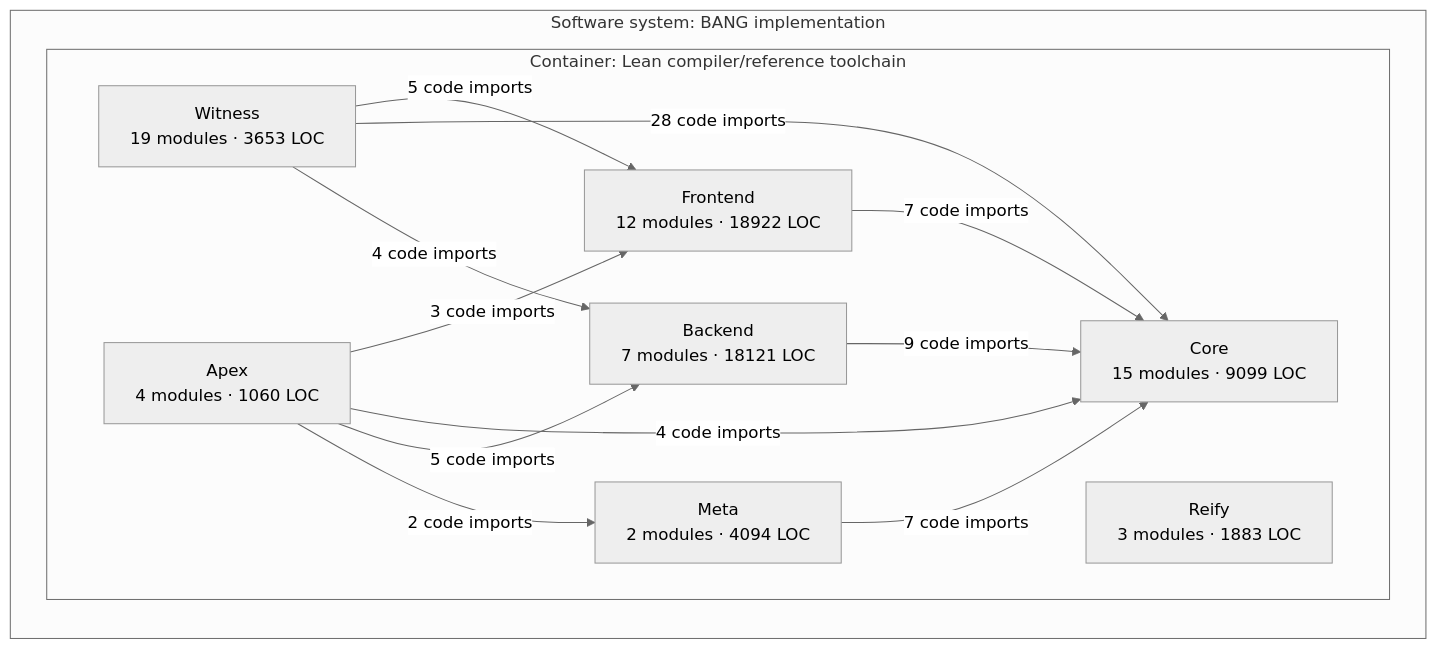
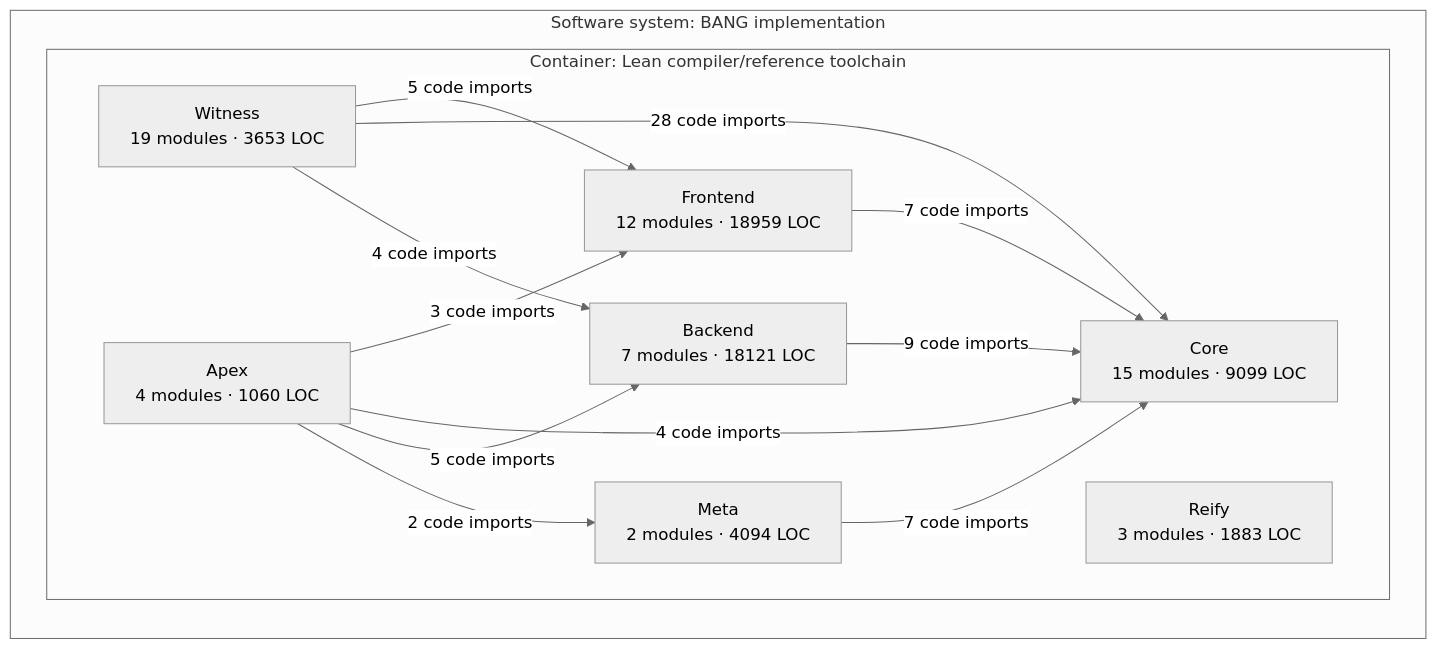
The third of 3 diagrams in docs/architecture/core-overview.md (phibkro/bang), drawn with Mermaid (neutral theme) before and after one commit. The commit also changed other lines of this file and 30 other files, not shown here.

````diff
--- a/docs/architecture/core-overview.md
+++ b/docs/architecture/core-overview.md
@@ -160,24 +160,24 @@
 ```mermaid
 flowchart LR
   subgraph system_BANG["Software system: BANG implementation"]
     subgraph container_Lean_toolchain["Container: Lean compiler/reference toolchain"]
-      component_Frontend["Frontend<br/>12 modules · 18922 LOC"]
+      component_Frontend["Frontend<br/>12 modules · 18959 LOC"]
       component_Core["Core<br/>15 modules · 9099 LOC"]
       component_Backend["Backend<br/>7 modules · 18121 LOC"]
       component_Meta["Meta<br/>2 modules · 4094 LOC"]
       component_Witness["Witness<br/>19 modules · 3653 LOC"]
       component_Reify["Reify<br/>3 modules · 1883 LOC"]
       component_Apex["Apex<br/>4 modules · 1060 LOC"]
     end
   end
   component_Frontend -->|7 code imports| component_Core
   component_Backend -->|9 code imports| component_Core
   component_Meta -->|7 code imports| component_Core
   component_Witness -->|5 code imports| component_Frontend
   component_Witness -->|28 code imports| component_Core
   component_Witness -->|4 code imports| component_Backend
   component_Apex -->|3 code imports| component_Frontend
   component_Apex -->|4 code imports| component_Core
   component_Apex -->|5 code imports| component_Backend
   component_Apex -->|2 code imports| component_Meta
 ```
````
